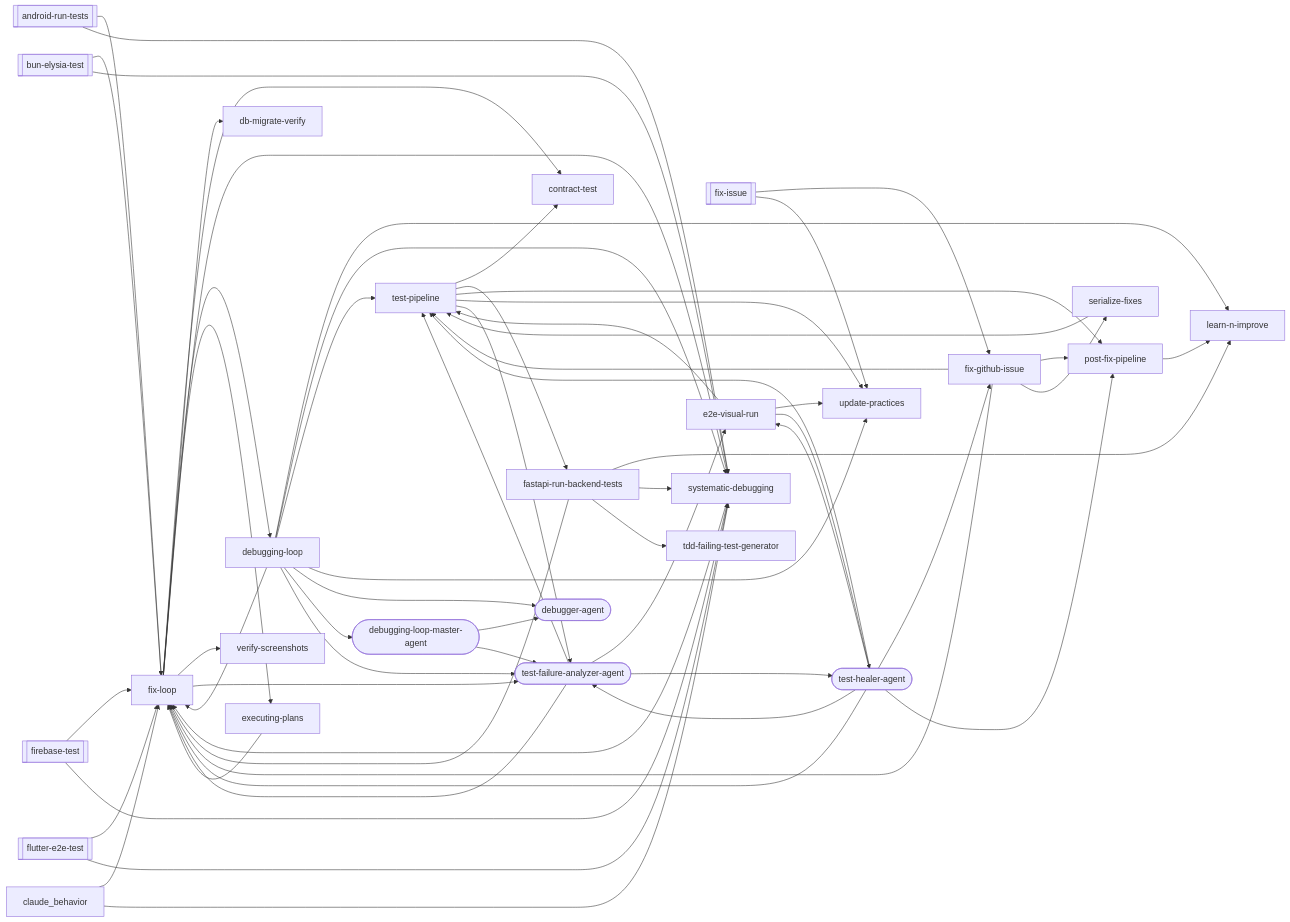
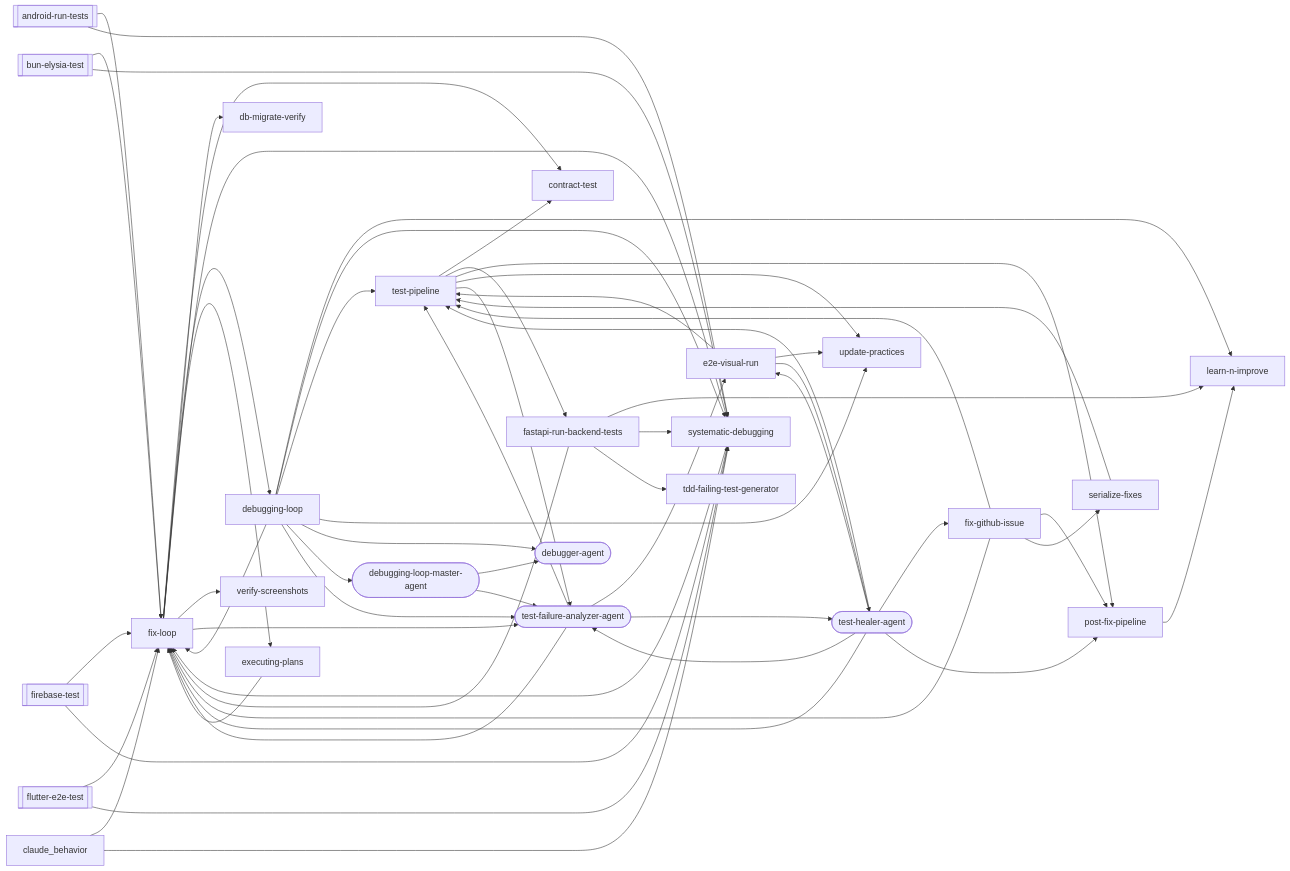
Before and after one commit to abhayla/claude-best-practices: the third of 24 diagrams in docs/workflows/debugging-loop.md, drawn with Mermaid. The commit also changed other lines of this file and 46 other files, not shown here.

```diff
--- a/docs/workflows/debugging-loop.md
+++ b/docs/workflows/debugging-loop.md
@@ -706,7 +681,6 @@
     android_run_tests[["android-run-tests"]]
     bun_elysia_test[["bun-elysia-test"]]
     firebase_test[["firebase-test"]]
-    fix_issue[["fix-issue"]]
     flutter_e2e_test[["flutter-e2e-test"]]
     contract_test["contract-test"]
     db_migrate_verify["db-migrate-verify"]
@@ -754,8 +728,6 @@
     fix_github_issue --> post_fix_pipeline
     fix_github_issue --> serialize_fixes
     fix_github_issue --> test_pipeline
-    fix_issue --> fix_github_issue
-    fix_issue --> update_practices
     fix_loop --> contract_test
     fix_loop --> db_migrate_verify
     fix_loop --> debugging_loop
```
